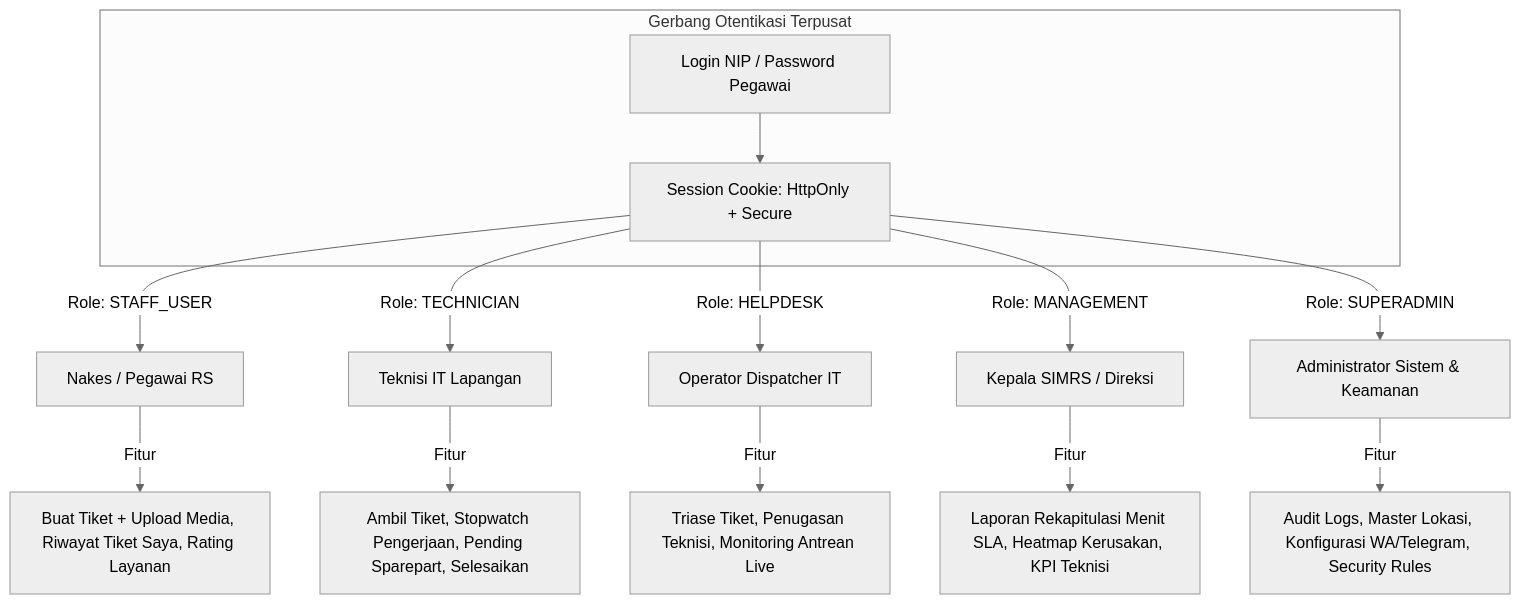
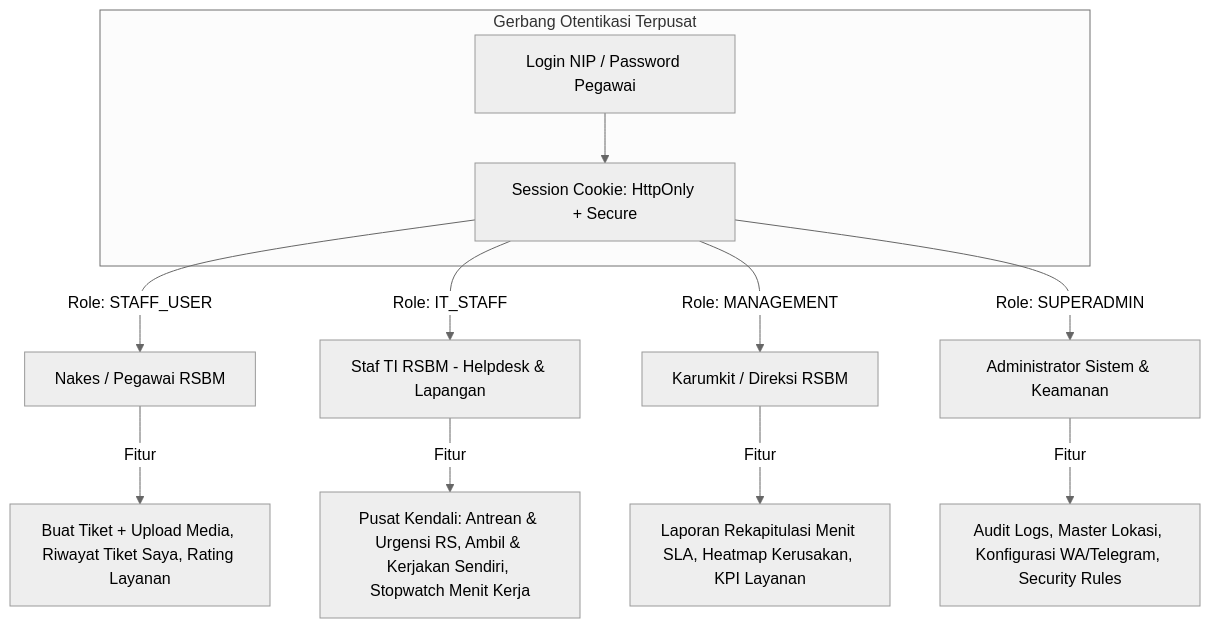
One commit to simonfredy/SIATI changed the first of 3 diagrams in PRD.md. Above: the diagram before and after it, drawn with Mermaid (neutral theme). The commit also changed other lines of this file and 20 other files, not shown here.

````diff
--- a/PRD.md
+++ b/PRD.md
@@ -47,18 +47,16 @@
 ```mermaid
 flowchart TD
     subgraph LoginAuth ["Gerbang Otentikasi Terpusat"]
         Login[Login NIP / Password Pegawai] --> JWT[Session Cookie: HttpOnly + Secure]
     end
 
-    JWT -->|Role: STAFF_USER| P1[Nakes / Pegawai RS]
-    JWT -->|Role: TECHNICIAN| P2[Teknisi IT Lapangan]
-    JWT -->|Role: HELPDESK| P3[Operator Dispatcher IT]
-    JWT -->|Role: MANAGEMENT| P4[Kepala SIMRS / Direksi]
-    JWT -->|Role: SUPERADMIN| P5[Administrator Sistem & Keamanan]
+    JWT -->|Role: STAFF_USER| P1[Nakes / Pegawai RSBM]
+    JWT -->|Role: IT_STAFF| P2[Staf TI RSBM - Helpdesk & Lapangan]
+    JWT -->|Role: MANAGEMENT| P3[Karumkit / Direksi RSBM]
+    JWT -->|Role: SUPERADMIN| P4[Administrator Sistem & Keamanan]
 
     P1 -->|Fitur| F1[Buat Tiket + Upload Media, Riwayat Tiket Saya, Rating Layanan]
-    P2 -->|Fitur| F2[Ambil Tiket, Stopwatch Pengerjaan, Pending Sparepart, Selesaikan]
-    P3 -->|Fitur| F3[Triase Tiket, Penugasan Teknisi, Monitoring Antrean Live]
-    P4 -->|Fitur| F4[Laporan Rekapitulasi Menit SLA, Heatmap Kerusakan, KPI Teknisi]
-    P5 -->|Fitur| F5[Audit Logs, Master Lokasi, Konfigurasi WA/Telegram, Security Rules]
+    P2 -->|Fitur| F2[Pusat Kendali: Antrean & Urgensi RS, Ambil & Kerjakan Sendiri, Stopwatch Menit Kerja]
+    P3 -->|Fitur| F3[Laporan Rekapitulasi Menit SLA, Heatmap Kerusakan, KPI Layanan]
+    P4 -->|Fitur| F4[Audit Logs, Master Lokasi, Konfigurasi WA/Telegram, Security Rules]
 ```
````
